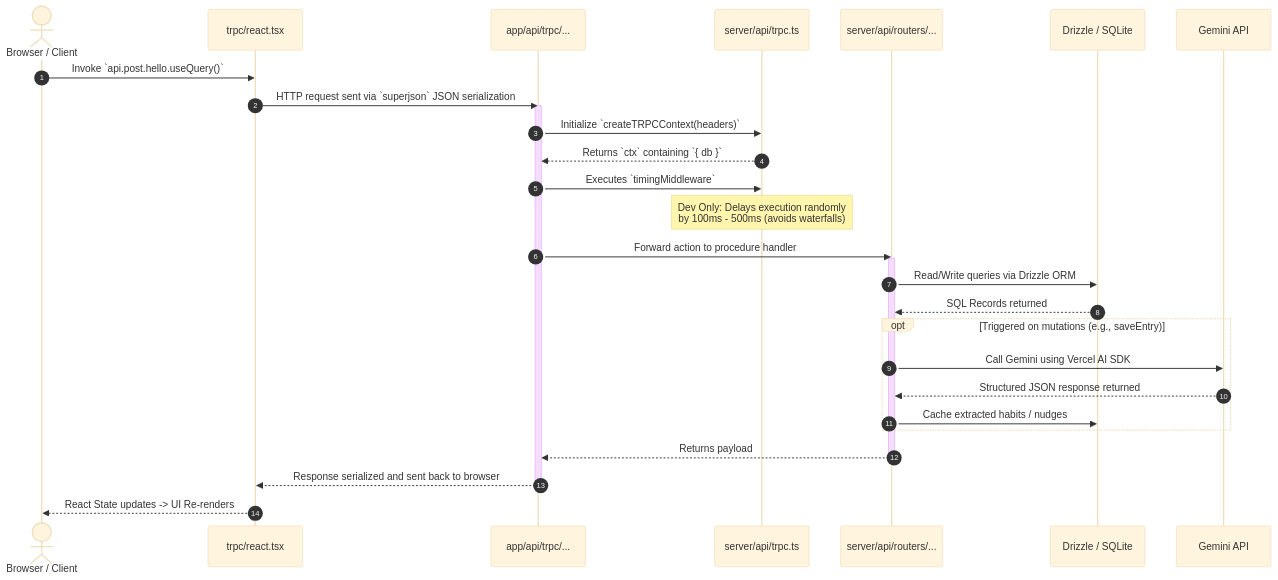
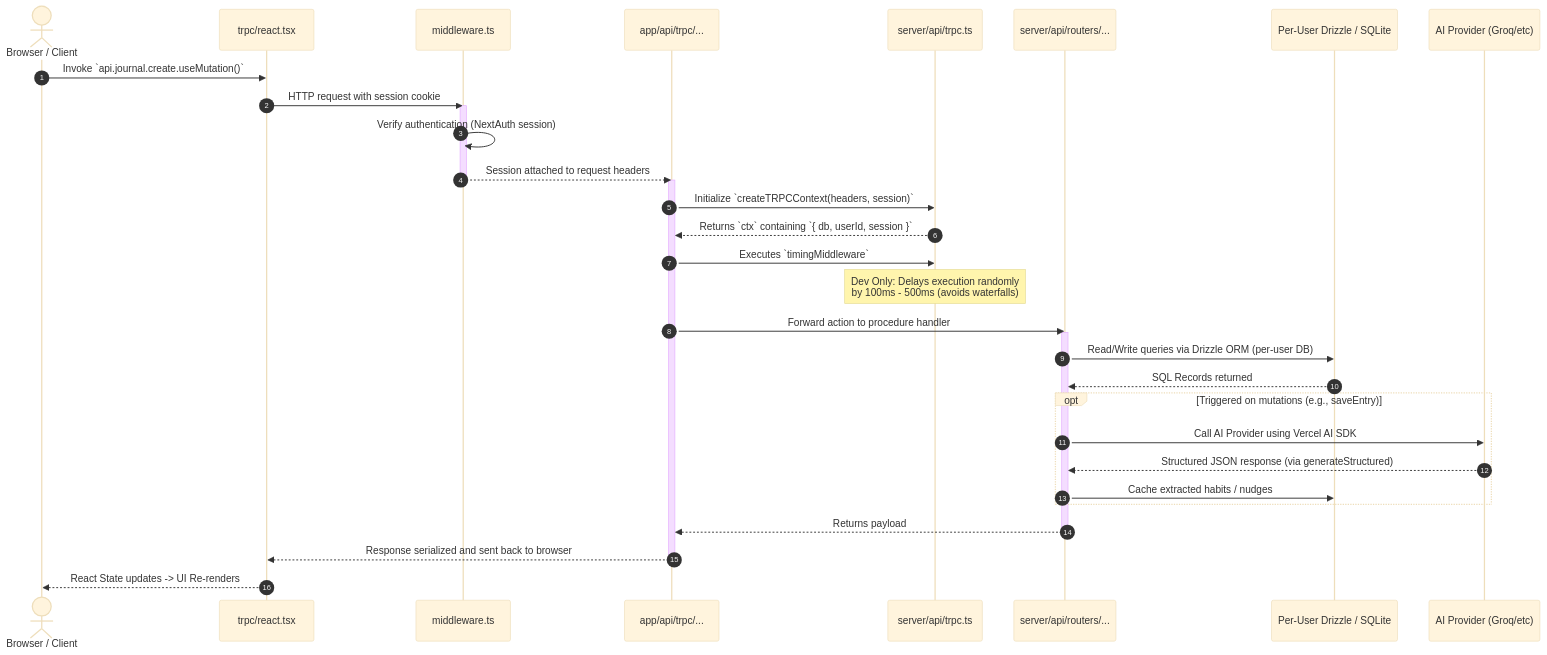
The second of 2 diagrams in Planning/knowledge_base/architecture.md (TheRealOP/Introspect), drawn with Mermaid (base theme) before and after one commit. The commit also changed other lines of this file and 3 other files, not shown here.

````diff
--- a/Planning/knowledge_base/architecture.md
+++ b/Planning/knowledge_base/architecture.md
@@ -79,33 +79,38 @@
 ```mermaid
 sequenceDiagram
     autonumber
     actor User as Browser / Client
     participant TR as trpc/react.tsx
+    participant MW as middleware.ts
     participant EH as app/api/trpc/...
     participant CTX as server/api/trpc.ts
     participant RR as server/api/routers/...
-    participant DB as Drizzle / SQLite
-    participant AI as Gemini API
+    participant DB as Per-User Drizzle / SQLite
+    participant AI as AI Provider (Groq/etc)
 
-    User->>TR: Invoke `api.post.hello.useQuery()`
-    TR->>EH: HTTP request sent via `superjson` JSON serialization
+    User->>TR: Invoke `api.journal.create.useMutation()`
+    TR->>MW: HTTP request with session cookie
+    activate MW
+    MW->>MW: Verify authentication (NextAuth session)
+    MW-->>EH: Session attached to request headers
+    deactivate MW
     activate EH
-    EH->>CTX: Initialize `createTRPCContext(headers)`
-    CTX-->>EH: Returns `ctx` containing `{ db }`
+    EH->>CTX: Initialize `createTRPCContext(headers, session)`
+    CTX-->>EH: Returns `ctx` containing `{ db, userId, session }`
     EH->>CTX: Executes `timingMiddleware`
     Note over CTX: Dev Only: Delays execution randomly<br/>by 100ms - 500ms (avoids waterfalls)
     EH->>RR: Forward action to procedure handler
     activate RR
-    RR->>DB: Read/Write queries via Drizzle ORM
+    RR->>DB: Read/Write queries via Drizzle ORM (per-user DB)
     DB-->>RR: SQL Records returned
     opt Triggered on mutations (e.g., saveEntry)
-        RR->>AI: Call Gemini using Vercel AI SDK
-        AI-->>RR: Structured JSON response returned
+        RR->>AI: Call AI Provider using Vercel AI SDK
+        AI-->>RR: Structured JSON response (via generateStructured)
         RR->>DB: Cache extracted habits / nudges
     end
     RR-->>EH: Returns payload
     deactivate RR
     EH-->>TR: Response serialized and sent back to browser
     deactivate EH
     TR-->>User: React State updates -> UI Re-renders
 ```
````
